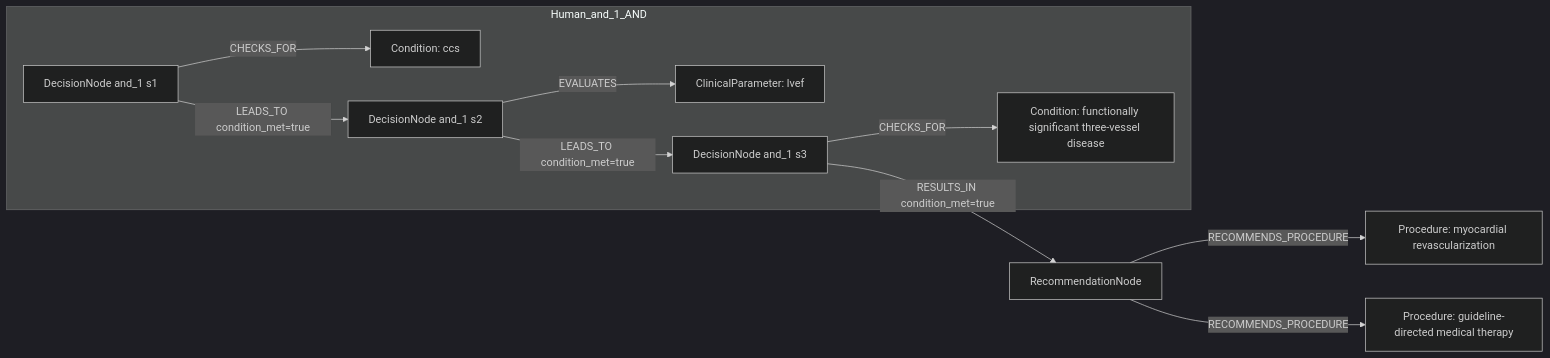
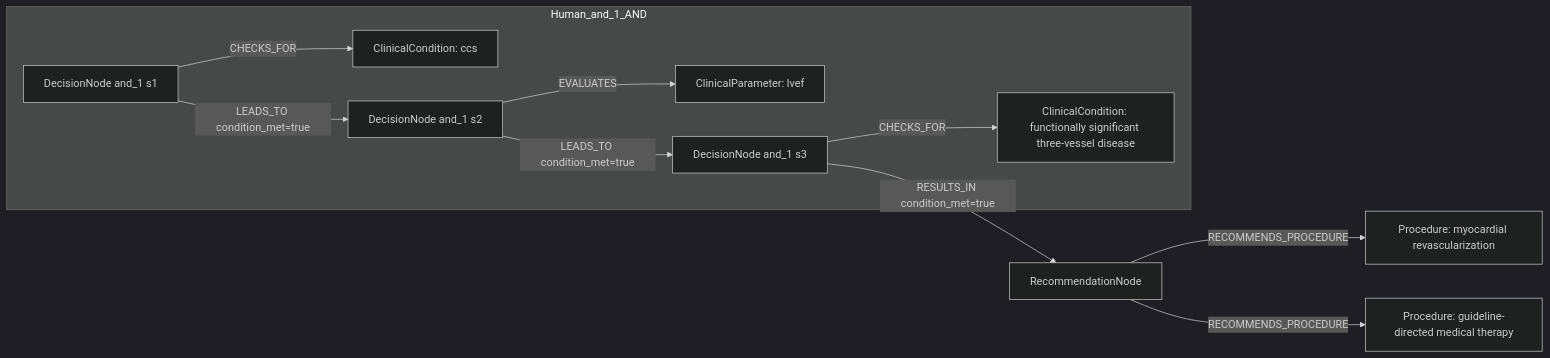
The first of 2 diagrams in docs/table22_rows_comparison/row_07.md (dieterich-lab/CardioGuidelinesGraph), drawn with Mermaid (dark theme) before and after one commit. The commit also changed other lines of this file and 20 other files, not shown here.

````diff
--- a/docs/table22_rows_comparison/row_07.md
+++ b/docs/table22_rows_comparison/row_07.md
@@ -424,22 +274,22 @@
 ```mermaid
 graph LR
   REC[RecommendationNode]
   ACT1[Procedure: myocardial revascularization]
   REC -->|RECOMMENDS_PROCEDURE| ACT1
   ACT2[Procedure: guideline-directed medical therapy]
   REC -->|RECOMMENDS_PROCEDURE| ACT2
   subgraph Human_and_1_AND
     D_and_1_1[DecisionNode and_1 s1]
-    C_and_1_1[Condition: ccs]
+    C_and_1_1[ClinicalCondition: ccs]
     D_and_1_1 -->|CHECKS_FOR| C_and_1_1
     D_and_1_2[DecisionNode and_1 s2]
     C_and_1_2[ClinicalParameter: lvef]
     D_and_1_2 -->|EVALUATES| C_and_1_2
     D_and_1_3[DecisionNode and_1 s3]
-    C_and_1_3[Condition: functionally significant three-vessel disease]
+    C_and_1_3[ClinicalCondition: functionally significant three-vessel disease]
     D_and_1_3 -->|CHECKS_FOR| C_and_1_3
     D_and_1_1 -->|LEADS_TO condition_met=true| D_and_1_2
     D_and_1_2 -->|LEADS_TO condition_met=true| D_and_1_3
   end
   D_and_1_3 -->|RESULTS_IN condition_met=true| REC
 ```
````
